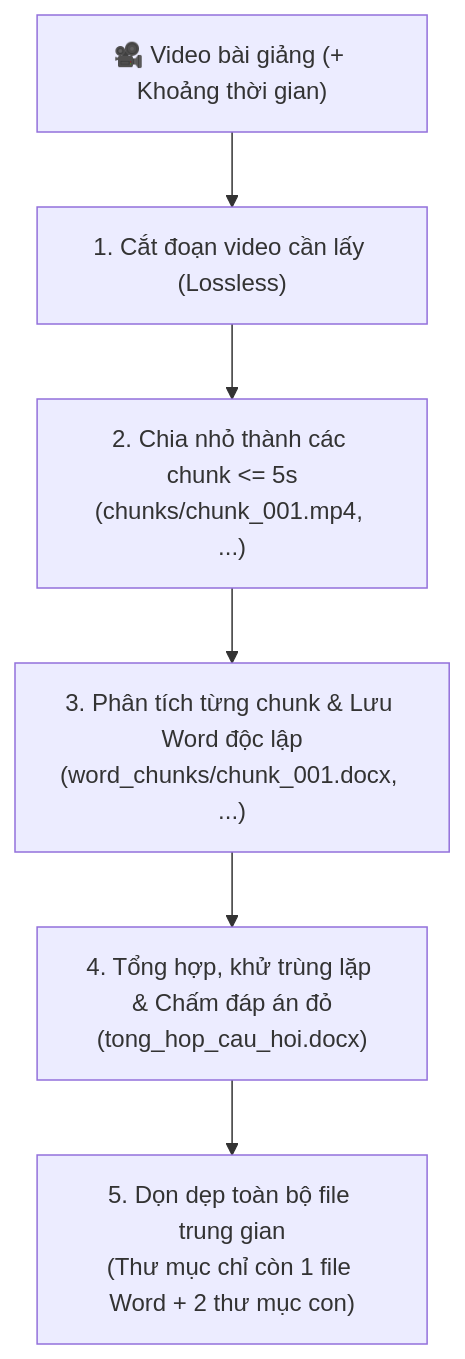
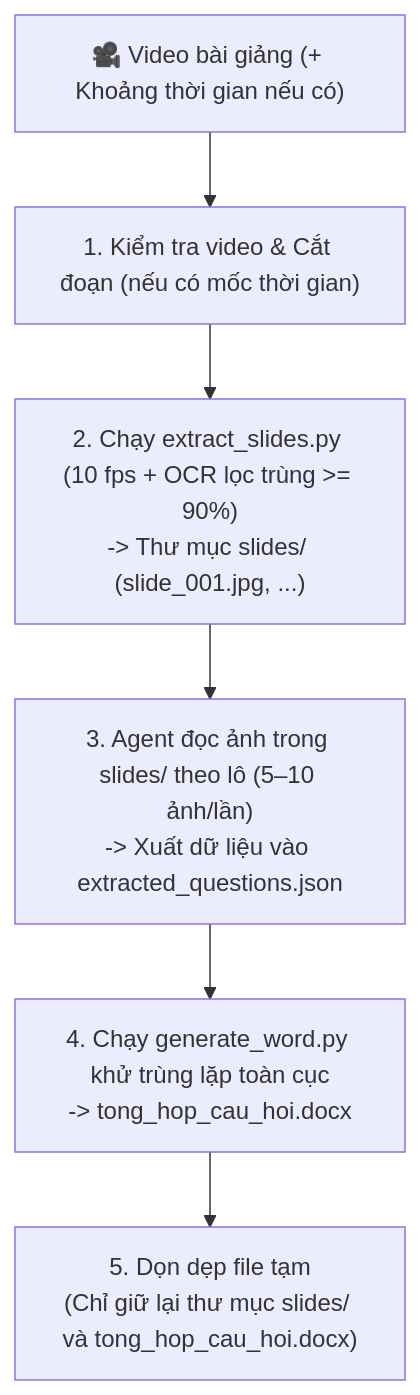
Before and after one commit to hoangphamphuc59/azotaFromVideo: the diagram in README.md, drawn with Mermaid. The commit also changed other lines of this file and 10 other files, not shown here.

````diff
--- a/README.md
+++ b/README.md
@@ -63,8 +63,8 @@
 ```mermaid
 flowchart TD
-    A["🎥 Video bài giảng (+ Khoảng thời gian)"] --> B["1. Cắt đoạn video cần lấy (Lossless)"]
-    B --> C["2. Chia nhỏ thành các chunk <= 5s<br>(chunks/chunk_001.mp4, ...)"]
-    C --> D["3. Phân tích từng chunk & Lưu Word độc lập<br>(word_chunks/chunk_001.docx, ...)"]
-    D --> E["4. Tổng hợp, khử trùng lặp & Chấm đáp án đỏ<br>(tong_hop_cau_hoi.docx)"]
-    E --> F["5. Dọn dẹp toàn bộ file trung gian<br>(Thư mục chỉ còn 1 file Word + 2 thư mục con)"]
+    A["🎥 Video bài giảng (+ Khoảng thời gian nếu có)"] --> B["1. Kiểm tra video & Cắt đoạn (nếu có mốc thời gian)"]
+    B --> C["2. Chạy extract_slides.py (10 fps + OCR lọc trùng >= 90%)<br>-> Thư mục slides/ (slide_001.jpg, ...)"]
+    C --> D["3. Agent đọc ảnh trong slides/ theo lô (5–10 ảnh/lần)<br>-> Xuất dữ liệu vào extracted_questions.json"]
+    D --> E["4. Chạy generate_word.py khử trùng lặp toàn cục<br>-> tong_hop_cau_hoi.docx"]
+    E --> F["5. Dọn dẹp file tạm<br>(Chỉ giữ lại thư mục slides/ và tong_hop_cau_hoi.docx)"]
 ```
````
